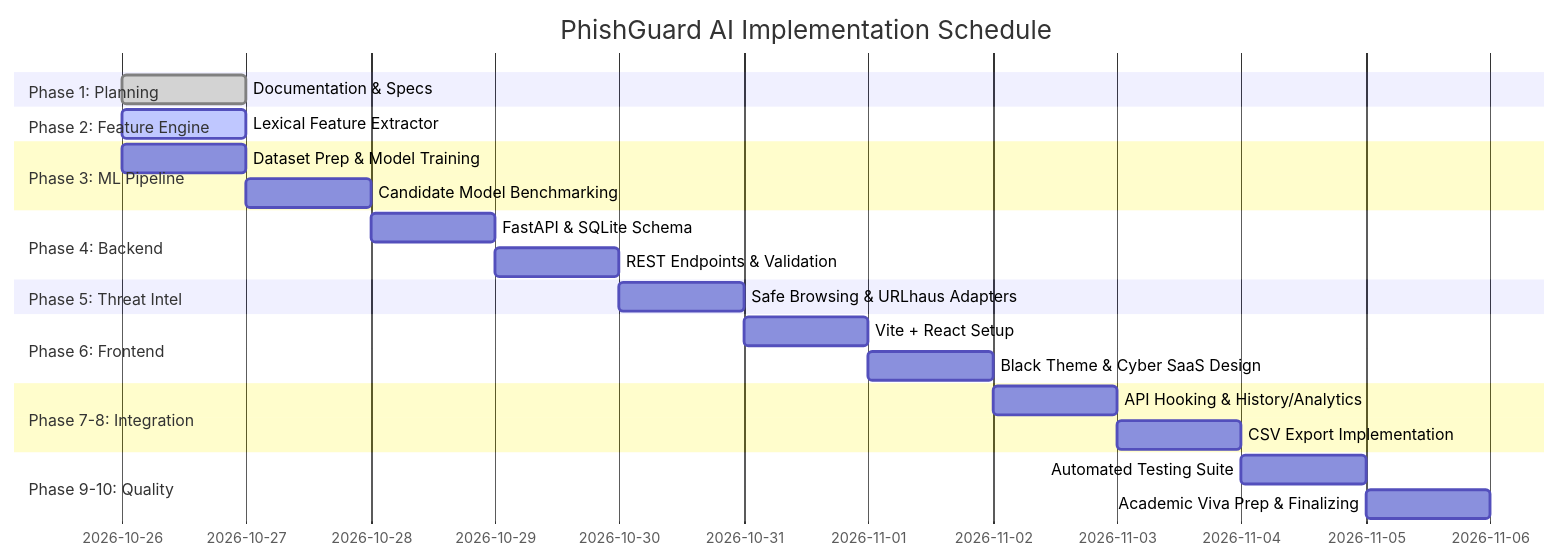
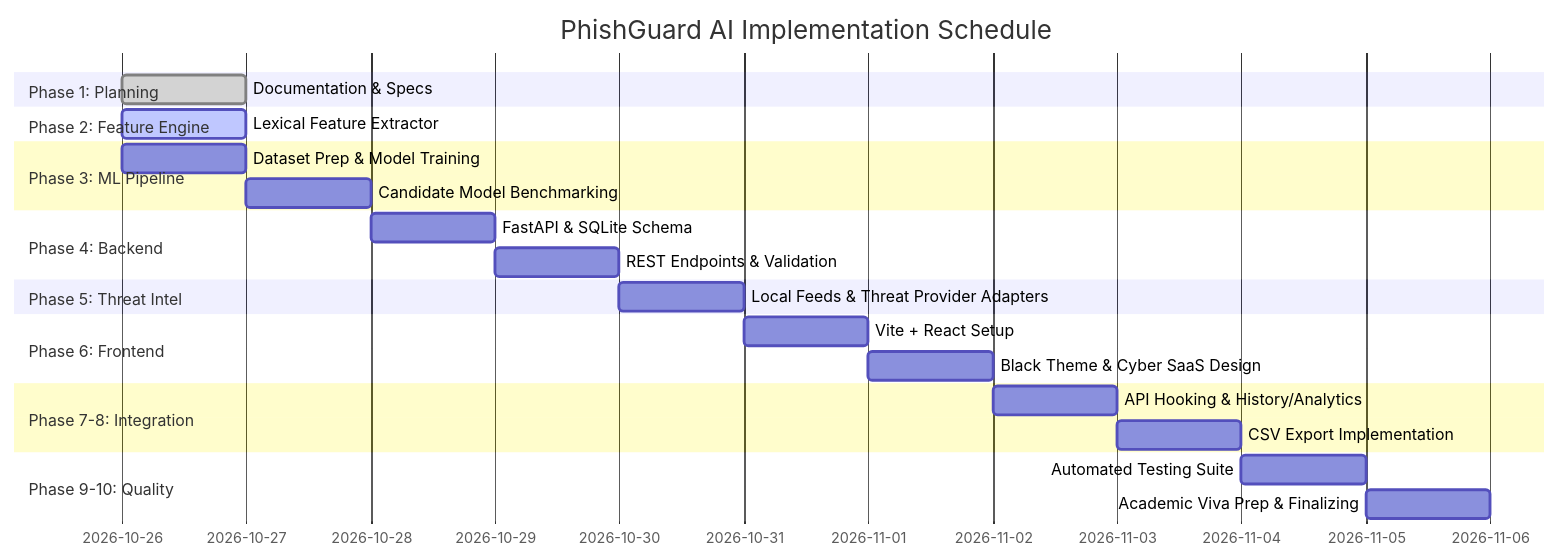
Before and after one commit to varunshetty1893/PhishGuard.Ai: the diagram in docs/IMPLEMENTATION_ROADMAP.md, drawn with Mermaid. The commit also changed other lines of this file and 29 other files, not shown here.

Commit message:
Replace PhishTank with public threat feeds

````diff
--- a/docs/IMPLEMENTATION_ROADMAP.md
+++ b/docs/IMPLEMENTATION_ROADMAP.md
@@ -5,26 +5,26 @@
 ```mermaid
 gantt
     title PhishGuard AI Implementation Schedule
     dateFormat  YYYY-MM-DD
     section Phase 1: Planning
     Documentation & Specs           :done,    p1, 2026-10-26, 1d
     section Phase 2: Feature Engine
     Lexical Feature Extractor       :active,  p2, 2026-10-26, 1d
     section Phase 3: ML Pipeline
     Dataset Prep & Model Training   :         p3, 2026-10-26, 1d
     Candidate Model Benchmarking    :         p3b, after p3, 1d
     section Phase 4: Backend
     FastAPI & SQLite Schema         :         p4, after p3b, 1d
     REST Endpoints & Validation     :         p4b, after p4, 1d
     section Phase 5: Threat Intel
-    Safe Browsing & URLhaus Adapters:         p5, after p4b, 1d
+    Local Feeds & Threat Provider Adapters:   p5, after p4b, 1d
     section Phase 6: Frontend
     Vite + React Setup              :         p6, after p5, 1d
     Black Theme & Cyber SaaS Design :         p6b, after p6, 1d
     section Phase 7-8: Integration
     API Hooking & History/Analytics :         p7, after p6b, 1d
     CSV Export Implementation       :         p8, after p7, 1d
     section Phase 9-10: Quality
     Automated Testing Suite         :         p9, after p8, 1d
     Academic Viva Prep & Finalizing :         p10, after p9, 1d
 ```
````
